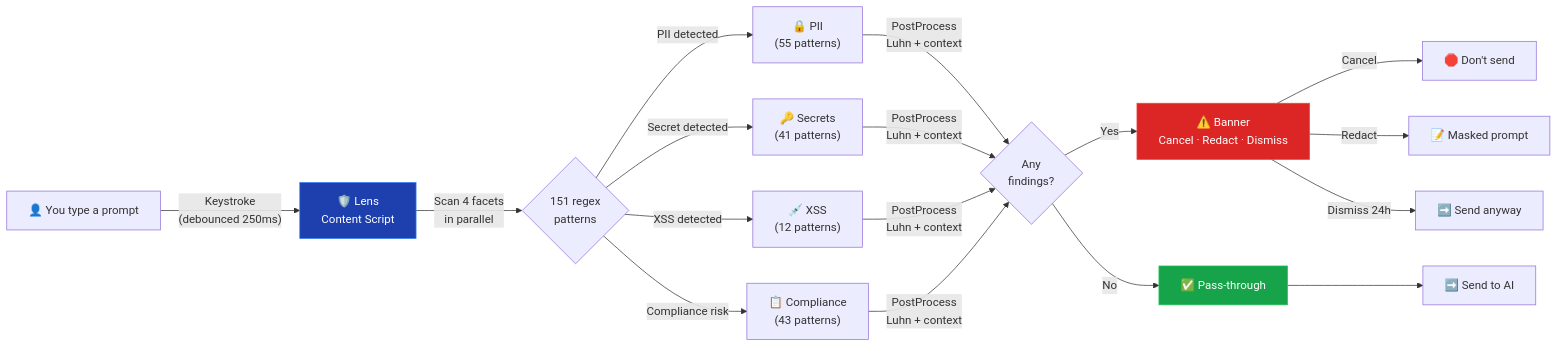
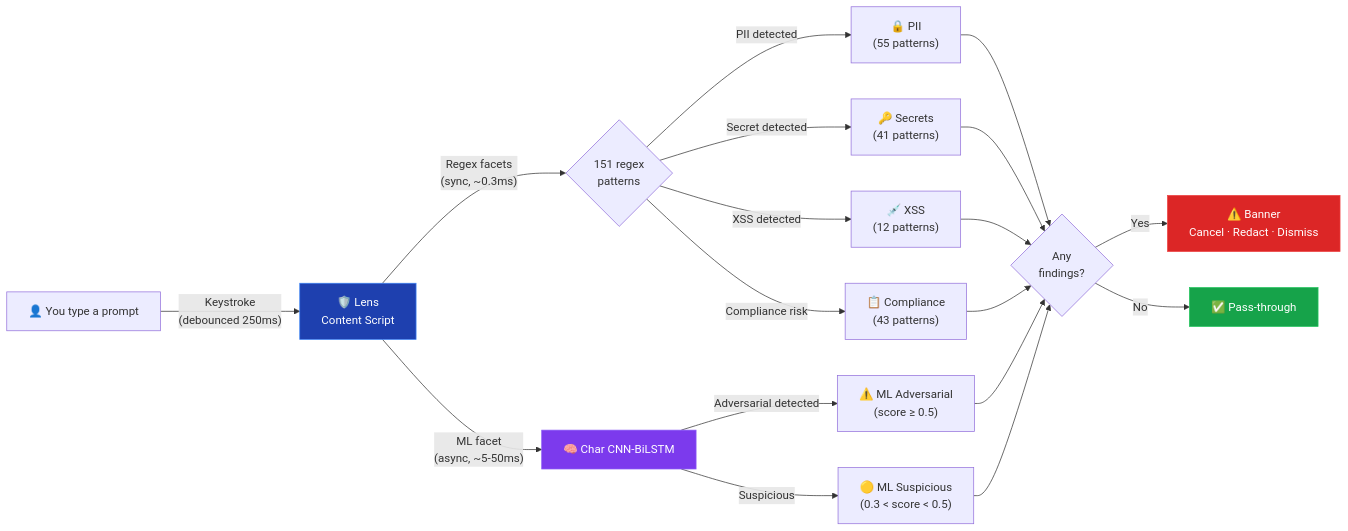
Before and after one commit to aegisgatesecurity/aegisgate-lens: the diagram in README.md, drawn with Mermaid. The commit also changed other lines of this file and 1 other file, not shown here.

````diff
--- a/README.md
+++ b/README.md
@@ -49,24 +58,22 @@
 ```mermaid
 flowchart LR
     User["👤 You type a prompt"] -->|"Keystroke<br/>(debounced 250ms)"| Lens["🛡️ Lens<br/>Content Script"]
-    Lens -->|"Scan 4 facets<br/>in parallel"| Scan{"151 regex<br/>patterns"}
+    Lens -->|"Regex facets<br/>(sync, ~0.3ms)"| Regex{"151 regex<br/>patterns"}
+    Lens -->|"ML facet<br/>(async, ~5-50ms)"| ML["🧠 Char CNN-BiLSTM"]
 
-    Scan -->|"PII detected"| PII["🔒 PII<br/>(55 patterns)"]
-    Scan -->|"Secret detected"| Secret["🔑 Secrets<br/>(41 patterns)"]
-    Scan -->|"XSS detected"| XSS["💉 XSS<br/>(12 patterns)"]
-    Scan -->|"Compliance risk"| Comp["📋 Compliance<br/>(43 patterns)"]
+    Regex -->|"PII detected"| PII["🔒 PII<br/>(55 patterns)"]
+    Regex -->|"Secret detected"| Secret["🔑 Secrets<br/>(41 patterns)"]
+    Regex -->|"XSS detected"| XSS["💉 XSS<br/>(12 patterns)"]
+    Regex -->|"Compliance risk"| Comp["📋 Compliance<br/>(43 patterns)"]
+    ML -->|"Adversarial detected"| Adv["⚠️ ML Adversarial<br/>(score ≥ 0.5)"]
+    ML -->|"Suspicious"| Sus["🟡 ML Suspicious<br/>(0.3 < score < 0.5)"]
 
-    PII & Secret & XSS & Comp -->|"PostProcess<br/>Luhn + context"| Decision{"Any<br/>findings?"}
-
+    PII & Secret & XSS & Comp & Adv & Sus --> Decision{"Any<br/>findings?"}
     Decision -->|"Yes"| Banner["⚠️ Banner<br/>Cancel · Redact · Dismiss"]
     Decision -->|"No"| Pass["✅ Pass-through"]
 
-    Banner -->|"Cancel"| Stop["🛑 Don't send"]
-    Banner -->|"Redact"| Redacted["📝 Masked prompt"]
-    Banner -->|"Dismiss 24h"| Send["➡️ Send anyway"]
-    Pass --> Send2["➡️ Send to AI"]
-
     style Lens fill:#1e40af,stroke:#3b82f6,color:#fff
+    style ML fill:#7c3aed,stroke:#8b5cf6,color:#fff
     style Banner fill:#dc2626,stroke:#ef4444,color:#fff
     style Pass fill:#16a34a,stroke:#22c55e,color:#fff
 ```
````
